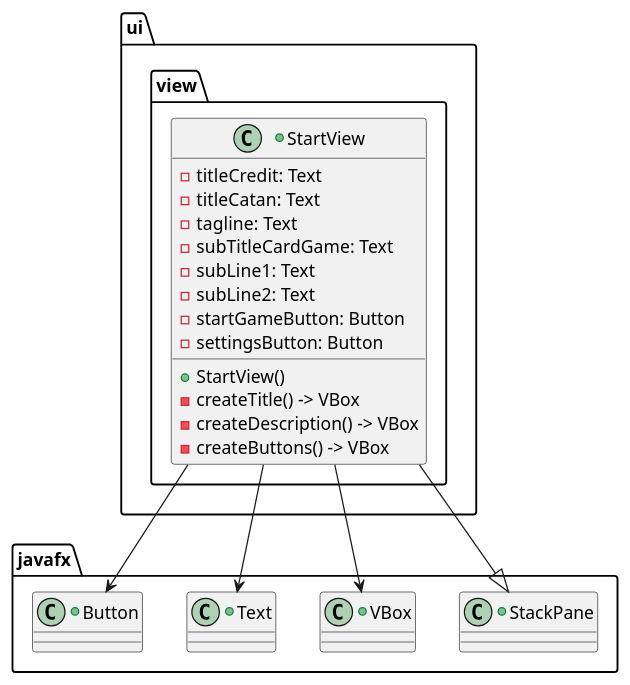
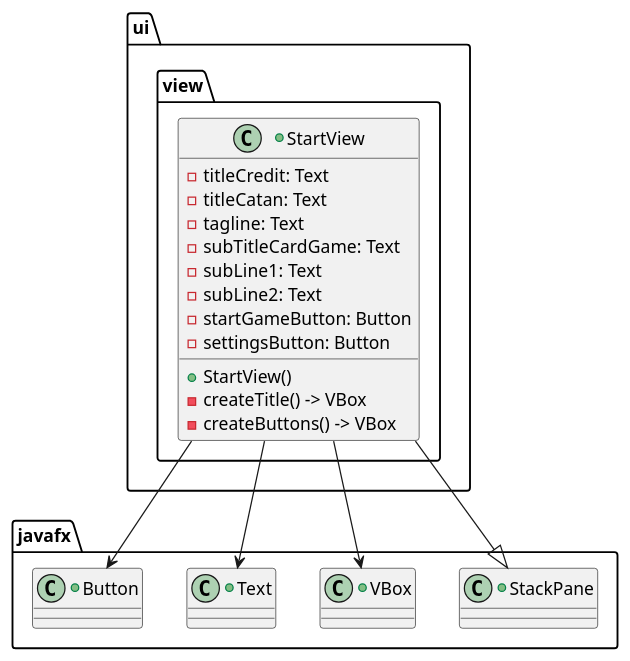
The diagram in docs/design/start_view.puml (nu-cs-sqe/cs380-software-quality-engineering-20262701-course-project-group-5), drawn with PlantUML before and after one commit.

Commit message:
uml descript function removed

```diff
--- a/docs/design/start_view.puml
+++ b/docs/design/start_view.puml
@@ -1,43 +1,42 @@
 @startuml
 
 package ui.view {
     +class StartView {
     ' need to change to fit Catan
         -titleCredit: Text
         -titleCatan: Text
         -tagline: Text
         -subTitleCardGame: Text
         -subLine1: Text
         -subLine2: Text
         -startGameButton: Button
         -settingsButton: Button
         +StartView()
         -createTitle() -> VBox
-        -createDescription() -> VBox
         -createButtons() -> VBox
     }
 }
 
 package javafx {
 
     +class StackPane {
     }
 
     +class VBox {
     }
 
     +class Text {
     }
 
     +class Button {
     }
 
 }
 
 ' named JavaFX UI classes
 StartView --|> StackPane
 StartView --> VBox
 StartView --> Text
 StartView --> Button
 
 @enduml
```
